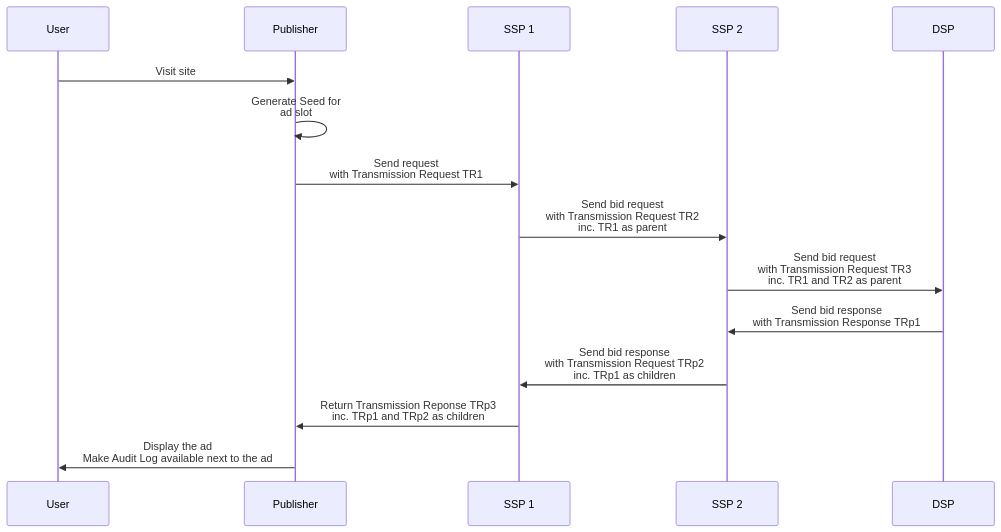
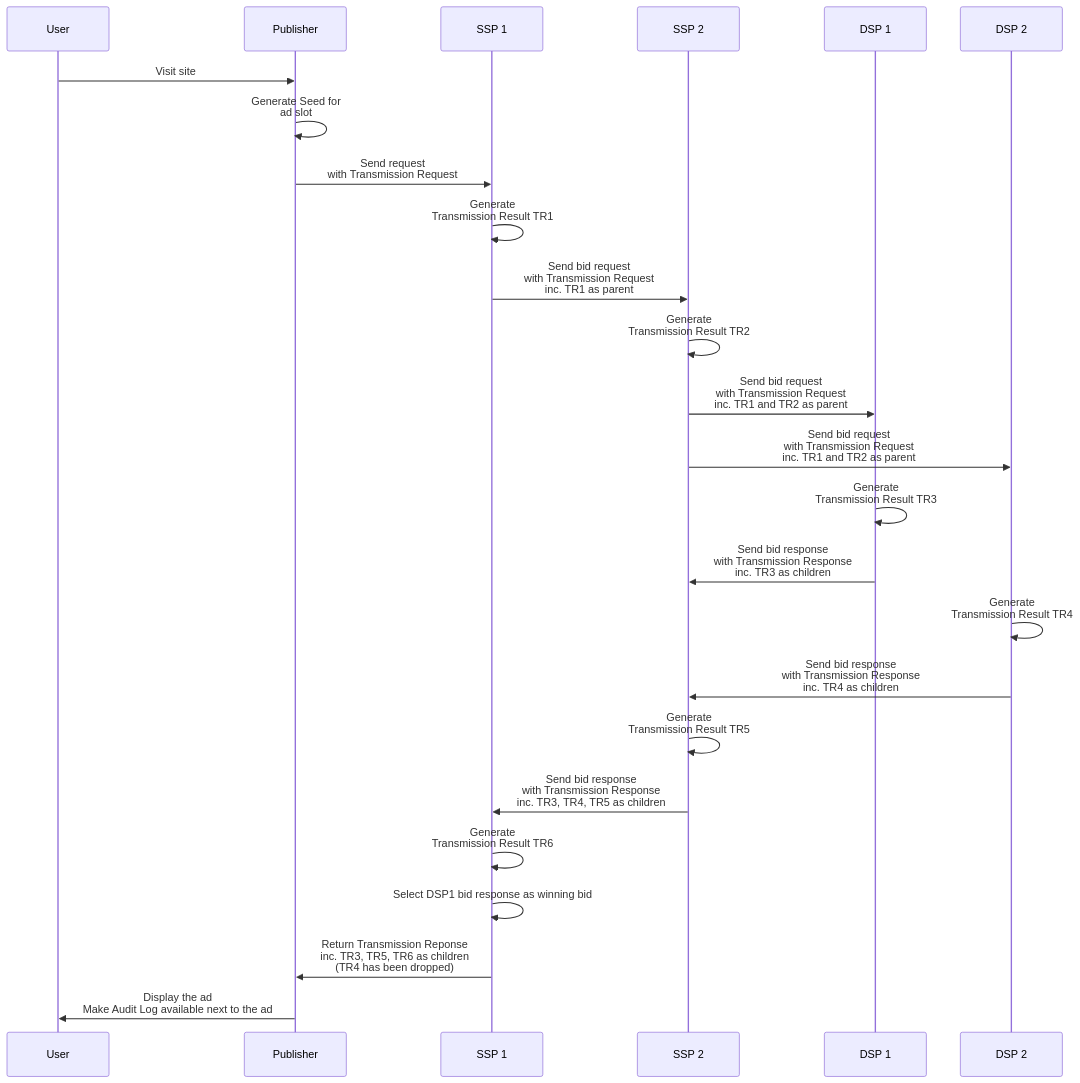
One commit to OneKey-Network/addressability-framework changed the second of 4 diagrams in mvp-spec/ad-auction.md. Above: the diagram before and after it, drawn with Mermaid. The commit also changed other lines of this file, not shown here.

Commit message:
Update ad-auction.md
Diagram with Transmission Results

````diff
--- a/mvp-spec/ad-auction.md
+++ b/mvp-spec/ad-auction.md
@@ -86,18 +86,28 @@
 ```mermaid
 sequenceDiagram
     participant User
     participant Publisher
     participant SSP 1
     participant SSP 2
-    participant DSP
+    participant DSP 1
+    participant DSP 2
 
     User->>Publisher: Visit site
     Publisher->>Publisher: Generate Seed for <br /> ad slot
-    Publisher->>SSP 1: Send request<br />with Transmission Request TR1
-    SSP 1->>SSP 2: Send bid request<br />with Transmission Request TR2<br/>inc. TR1 as parent
-    SSP 2->>DSP: Send bid request<br />with Transmission Request TR3<br/>inc. TR1 and TR2 as parent
-    DSP->>SSP 2: Send bid response<br />with Transmission Response TRp1
-    SSP 2->>SSP 1: Send bid response<br />with Transmission Request TRp2<br />inc. TRp1 as children
-    SSP 1->>Publisher: Return Transmission Reponse TRp3<br />inc. TRp1 and TRp2 as children
+    Publisher->>SSP 1: Send request<br />with Transmission Request
+    SSP 1->>SSP 1: Generate<br />Transmission Result TR1
+    SSP 1->>SSP 2: Send bid request<br />with Transmission Request<br/>inc. TR1 as parent
+    SSP 2->>SSP 2: Generate<br />Transmission Result TR2
+    SSP 2->>DSP 1: Send bid request<br />with Transmission Request<br/>inc. TR1 and TR2 as parent
+    SSP 2->>DSP 2: Send bid request<br />with Transmission Request<br/>inc. TR1 and TR2 as parent
+    DSP 1->>DSP 1: Generate<br />Transmission Result TR3 
+    DSP 1->>SSP 2: Send bid response<br />with Transmission Response<br />inc. TR3 as children
+    DSP 2->>DSP 2: Generate<br />Transmission Result TR4 
+    DSP 2->>SSP 2: Send bid response<br />with Transmission Response<br />inc. TR4 as children 
+    SSP 2->>SSP 2: Generate<br />Transmission Result TR5
+    SSP 2->>SSP 1: Send bid response<br />with Transmission Response<br />inc. TR3, TR4, TR5 as children
+    SSP 1->>SSP 1: Generate<br />Transmission Result TR6
+    SSP 1->>SSP 1: Select DSP1 bid response as winning bid
+    SSP 1->>Publisher: Return Transmission Reponse<br />inc. TR3, TR5, TR6 as children<br />(TR4 has been dropped)
     Publisher->>User: Display the ad <br />Make Audit Log available next to the ad
 ```
````
